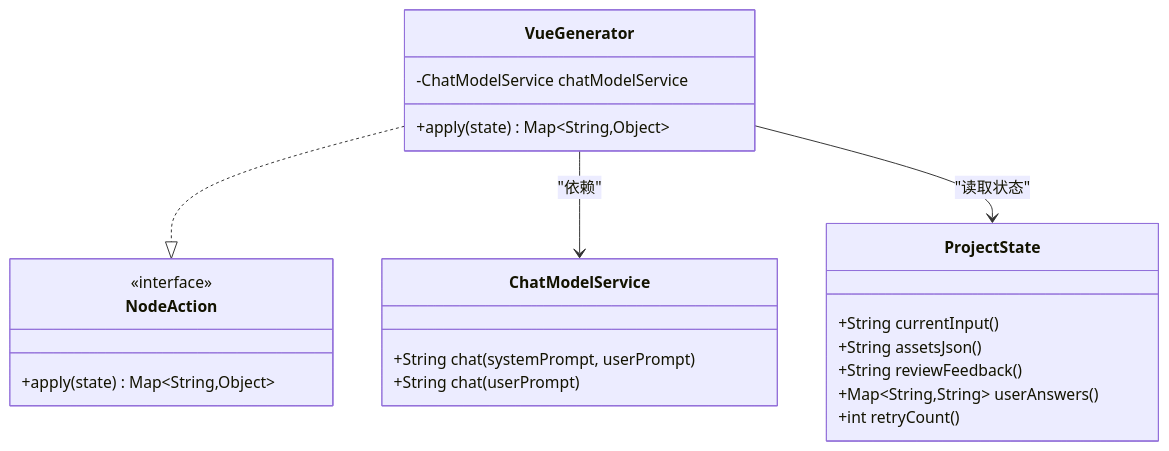
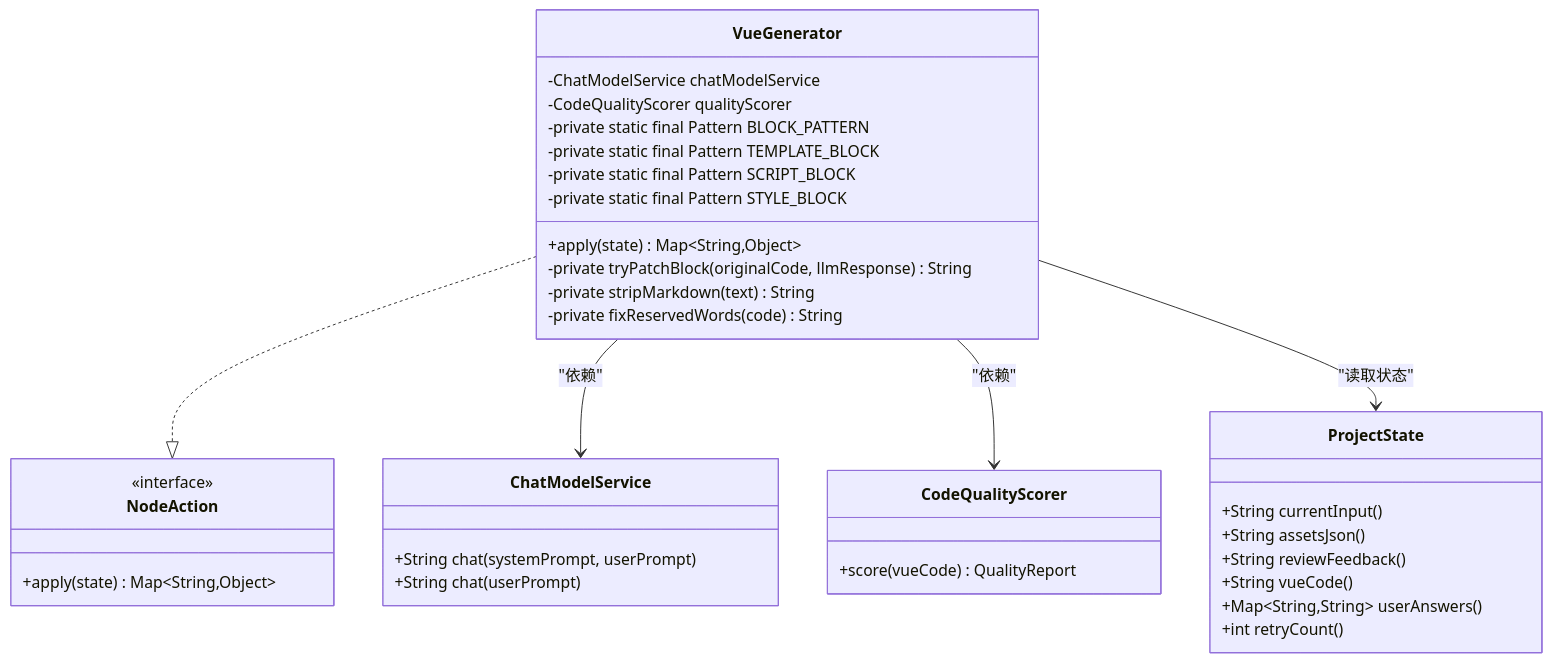
Before and after one commit to CyanYuKi/WebSiteFrontendCodeMother: the third of 16 diagrams in .qoder/repowiki/zh/content/AI工作流系统/AI节点分析/Vue代码生成节点.md, drawn with Mermaid. The commit also changed other lines of this file and 21 other files, not shown here.

````diff
--- a/.qoder/repowiki/zh/content/AI工作流系统/AI节点分析/Vue代码生成节点.md
+++ b/.qoder/repowiki/zh/content/AI工作流系统/AI节点分析/Vue代码生成节点.md
@@ -161,25 +184,38 @@
 ```mermaid
 classDiagram
 class VueGenerator {
 -ChatModelService chatModelService
+-CodeQualityScorer qualityScorer
+-private static final Pattern BLOCK_PATTERN
+-private static final Pattern TEMPLATE_BLOCK
+-private static final Pattern SCRIPT_BLOCK
+-private static final Pattern STYLE_BLOCK
 +apply(state) Map~String,Object~
+-private tryPatchBlock(originalCode, llmResponse) String
+-private stripMarkdown(text) String
+-private fixReservedWords(code) String
 }
 class NodeAction {
 <<interface>>
 +apply(state) Map~String,Object~
 }
 class ProjectState {
 +String currentInput()
 +String assetsJson()
 +String reviewFeedback()
++String vueCode()
 +Map~String,String~ userAnswers()
 +int retryCount()
 }
 class ChatModelService {
 +String chat(systemPrompt, userPrompt)
 +String chat(userPrompt)
 }
+class CodeQualityScorer {
++score(vueCode) QualityReport
+}
 VueGenerator ..|> NodeAction
 VueGenerator --> ChatModelService : "依赖"
+VueGenerator --> CodeQualityScorer : "依赖"
 VueGenerator --> ProjectState : "读取状态"
 ```
````
